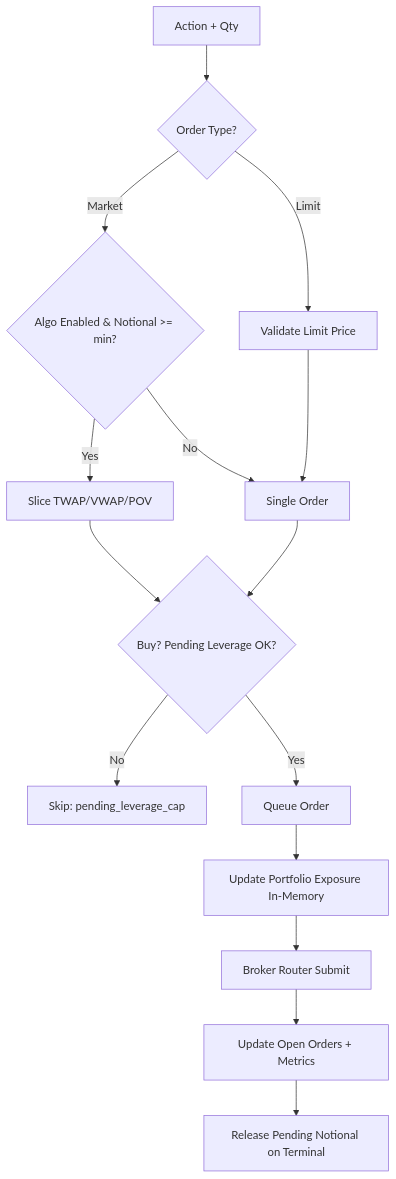
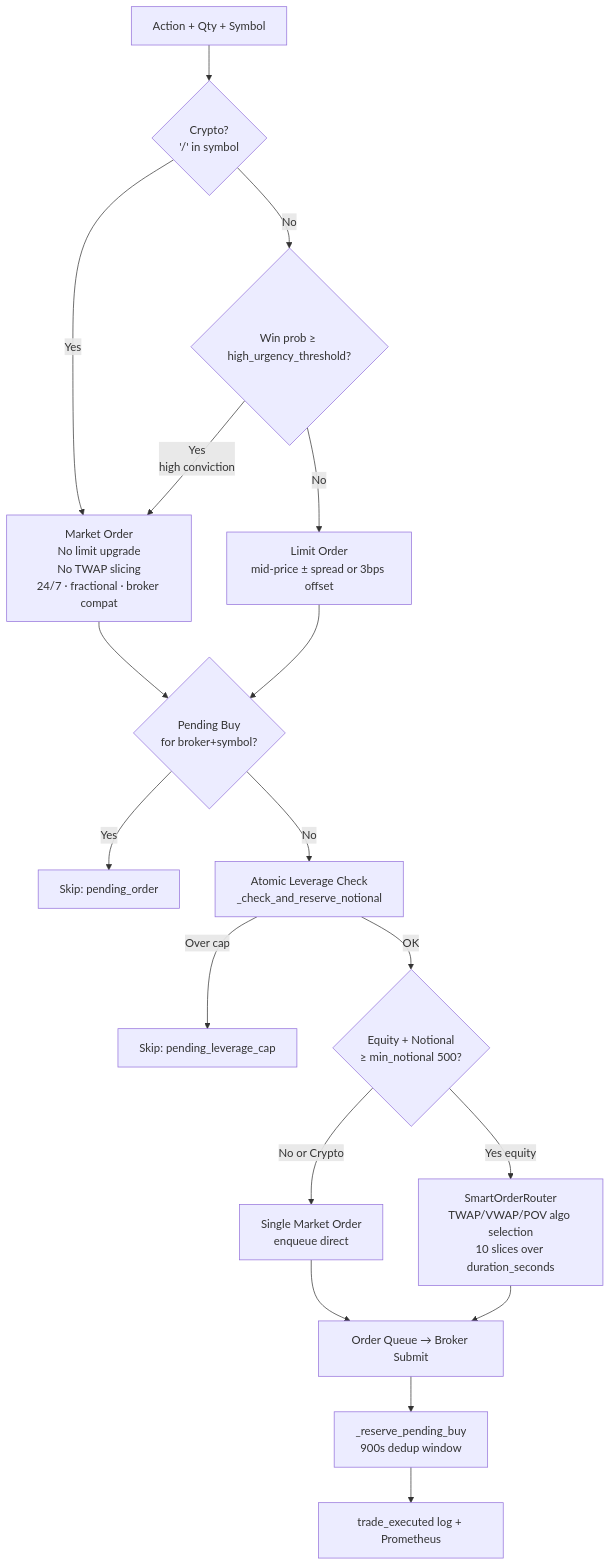
Before and after one commit to ilfrick/Fricktrade: the sixth of 8 diagrams in docs/flow_trading_agent.md, drawn with Mermaid. The commit also changed other lines of this file and 3 other files, not shown here.

First line of the commit message:
fix: skip TWAP slicing for crypto; rewrite flow and system_map docs

````diff
--- a/docs/flow_trading_agent.md
+++ b/docs/flow_trading_agent.md
@@ -48,17 +120,20 @@
 ```mermaid
 flowchart TD
-    A[Action + Qty] --> B{Order Type?}
-    B -- Limit --> C[Validate Limit Price]
-    B -- Market --> D{Algo Enabled & Notional >= min?}
-    D -- Yes --> E[Slice TWAP/VWAP/POV]
-    D -- No --> F[Single Order]
-    C --> F
-    E --> PLC{Buy? Pending Leverage OK?}
-    F --> PLC
-    PLC -- No --> SKIP[Skip: pending_leverage_cap]
-    PLC -- Yes --> G[Queue Order]
-    G --> H[Update Portfolio Exposure In-Memory]
-    H --> I[Broker Router Submit]
-    I --> J[Update Open Orders + Metrics]
-    J --> K[Release Pending Notional on Terminal]
+    A[Action + Qty + Symbol] --> B{Crypto?\n'/' in symbol}
+    B -- Yes --> C[Market Order\nNo limit upgrade\nNo TWAP slicing\n24/7 · fractional · broker compat]
+    B -- No --> D{Win prob ≥ high_urgency_threshold?}
+    D -- Yes\nhigh conviction --> C
+    D -- No --> E[Limit Order\nmid-price ± spread or 3bps offset]
+    C --> F{Pending Buy\nfor broker+symbol?}
+    E --> F
+    F -- Yes --> SKIP[Skip: pending_order]
+    F -- No --> G[Atomic Leverage Check\n_check_and_reserve_notional]
+    G -- Over cap --> SKIP2[Skip: pending_leverage_cap]
+    G -- OK --> H{Equity + Notional\n≥ min_notional 500?}
+    H -- No or Crypto --> I[Single Market Order\nenqueue direct]
+    H -- Yes equity --> J[SmartOrderRouter\nTWAP/VWAP/POV algo selection\n10 slices over duration_seconds]
+    I --> K[Order Queue → Broker Submit]
+    J --> K
+    K --> L[_reserve_pending_buy\n900s dedup window]
+    L --> M[trade_executed log + Prometheus]
 ```
````
